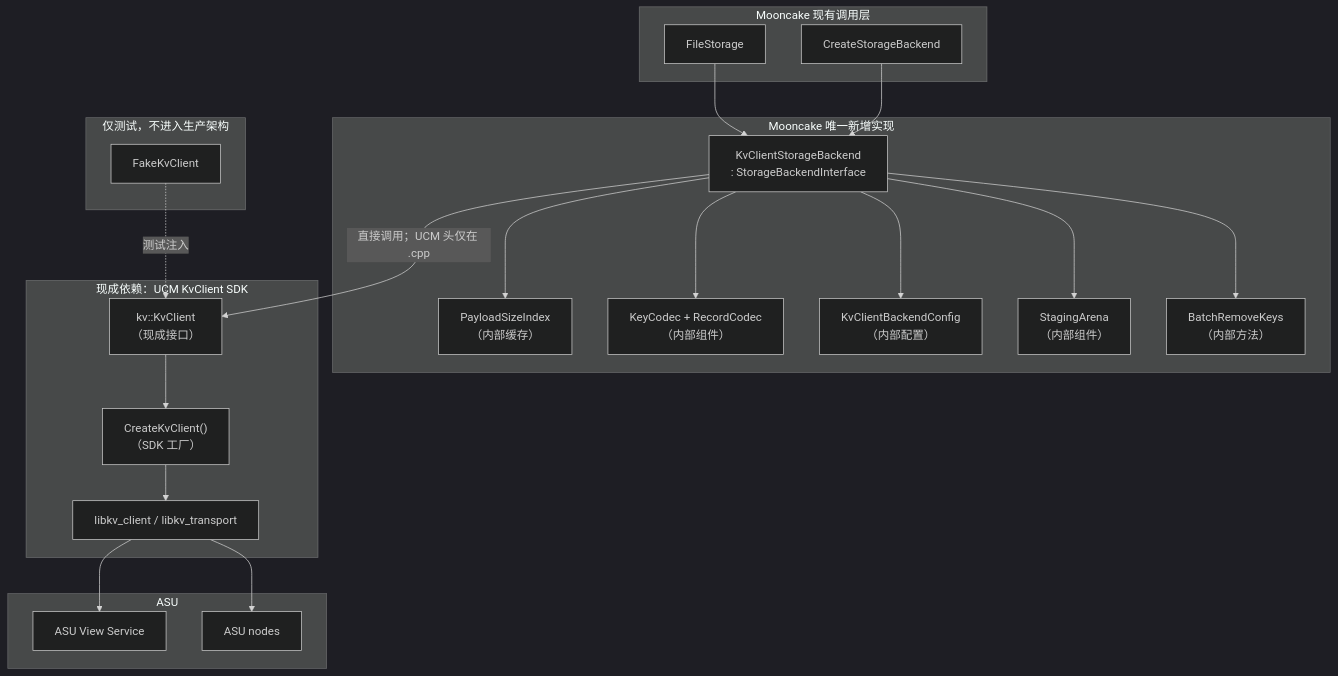
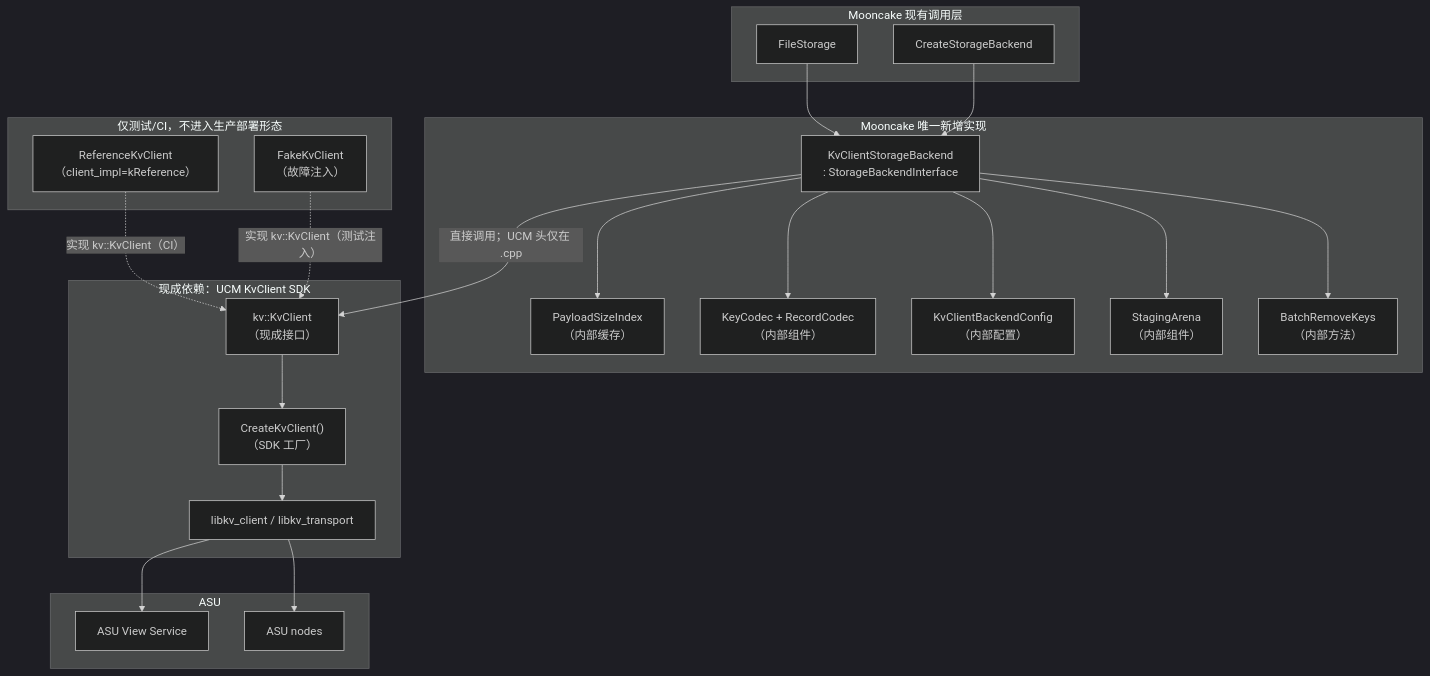
One commit to zwj20000328-dotcom/Mooncake-documents changed the second of 14 diagrams in kv-client-storage-backend.md. Above: the diagram before and after it, drawn with Mermaid (dark theme). The commit also changed other lines of this file, not shown here.

Commit message:
modified:   kv-client-storage-backend.md

````diff
--- a/kv-client-storage-backend.md
+++ b/kv-client-storage-backend.md
@@ -146,45 +146,47 @@
 ```mermaid
 flowchart TB
     subgraph L0["Mooncake 现有调用层"]
         FS["FileStorage"]
         Factory["CreateStorageBackend"]
     end
 
     subgraph L1["Mooncake 唯一新增实现"]
         BE["KvClientStorageBackend<br/>: StorageBackendInterface"]
         IDX["PayloadSizeIndex<br/>（内部缓存）"]
         CODEC["KeyCodec + RecordCodec<br/>（内部组件）"]
         CFG["KvClientBackendConfig<br/>（内部配置）"]
         STAGE["StagingArena<br/>（内部组件）"]
         DEL["BatchRemoveKeys<br/>（内部方法）"]
     end
 
     subgraph L2["现成依赖：UCM KvClient SDK"]
         KVC["kv::KvClient<br/>（现成接口）"]
         CREATE["CreateKvClient()<br/>（SDK 工厂）"]
         LIB["libkv_client / libkv_transport"]
     end
 
     subgraph L3["ASU"]
         VIEW["ASU View Service"]
         ASUN["ASU nodes"]
     end
 
-    subgraph TEST["仅测试，不进入生产架构"]
-        FAKE["FakeKvClient"]
+    subgraph TEST["仅测试/CI，不进入生产部署形态"]
+        REF["ReferenceKvClient<br/>（client_impl=kReference）"]
+        FAKE["FakeKvClient<br/>（故障注入）"]
     end
 
     FS --> BE
     Factory --> BE
     BE --> IDX
     BE --> CODEC
     BE --> CFG
     BE --> STAGE
     BE --> DEL
     BE -->|"直接调用；UCM 头仅在 .cpp"| KVC
     KVC --> CREATE
     CREATE --> LIB
     LIB --> VIEW
     LIB --> ASUN
-    FAKE -.->|"测试注入"| KVC
+    REF -.->|"实现 kv::KvClient（CI）"| KVC
+    FAKE -.->|"实现 kv::KvClient（测试注入）"| KVC
 ```
````
